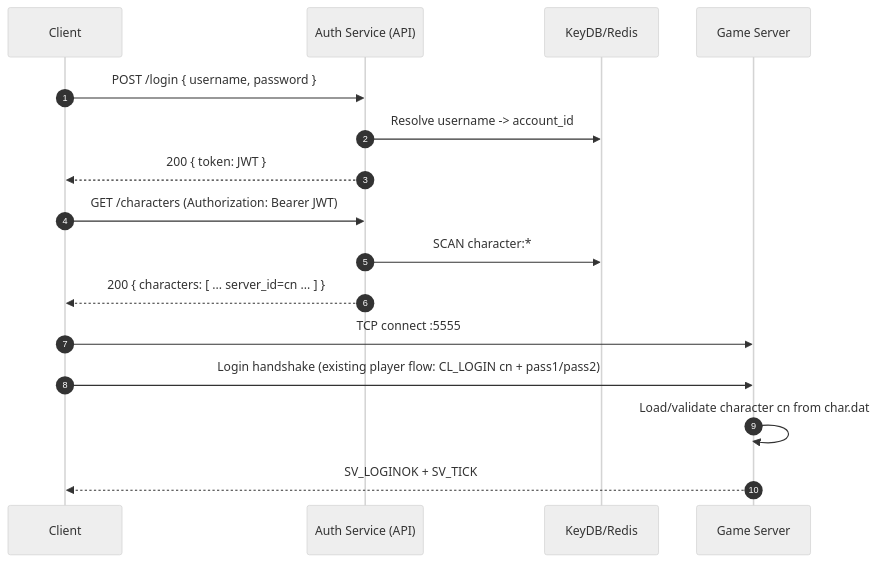
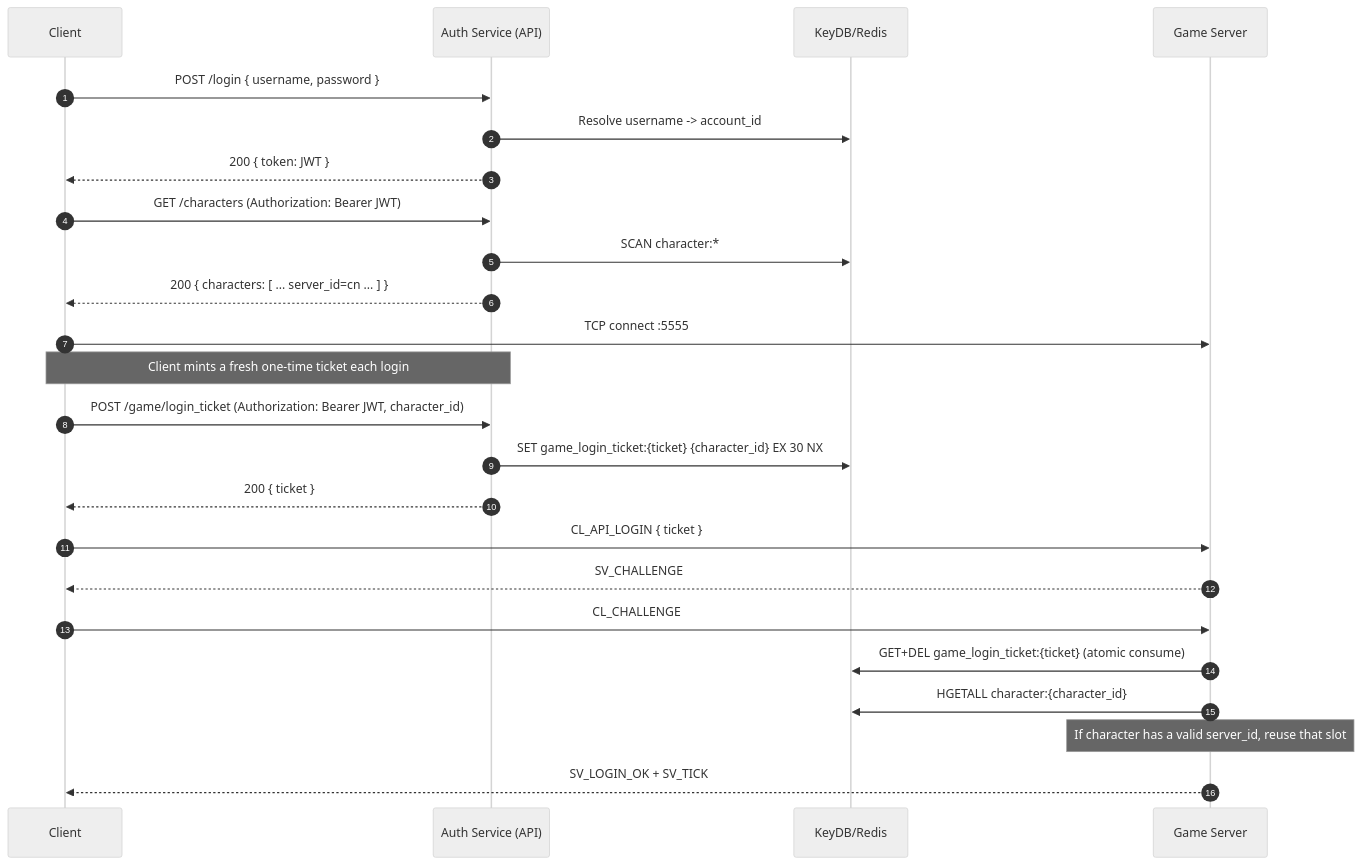
The sixth of 6 diagrams in api/README.md (engineerjames/men-among-gods-reforged), drawn with Mermaid (neutral theme) before and after one commit. The commit also changed other lines of this file, not shown here.

Commit message:
Correct README for API use

````diff
--- a/api/README.md
+++ b/api/README.md
@@ -226,21 +233,31 @@
 ```mermaid
 sequenceDiagram
     autonumber
     participant C as Client
     participant API as Auth Service (API)
     participant DB as KeyDB/Redis
     participant GS as Game Server
 
     C->>API: POST /login { username, password }
     API->>DB: Resolve username -> account_id
     API-->>C: 200 { token: JWT }
 
     C->>API: GET /characters (Authorization: Bearer JWT)
     API->>DB: SCAN character:*;
     API-->>C: 200 { characters: [ ... server_id=cn ... ] }
 
     C->>GS: TCP connect :5555
-    C->>GS: Login handshake (existing player flow: CL_LOGIN cn + pass1/pass2)
-    GS->>GS: Load/validate character cn from char.dat
-    GS-->>C: SV_LOGINOK + SV_TICK
+    Note over C,API: Client mints a fresh one-time ticket each login
+    C->>API: POST /game/login_ticket (Authorization: Bearer JWT, character_id)
+    API->>DB: SET game_login_ticket:{ticket} {character_id} EX 30 NX
+    API-->>C: 200 { ticket }
+
+    C->>GS: CL_API_LOGIN { ticket }
+    GS-->>C: SV_CHALLENGE
+    C->>GS: CL_CHALLENGE
+
+    GS->>DB: GET+DEL game_login_ticket:{ticket} (atomic consume)
+    GS->>DB: HGETALL character:{character_id}
+    Note over GS: If character has a valid server_id, reuse that slot
+    GS-->>C: SV_LOGIN_OK + SV_TICK
 ```
````
